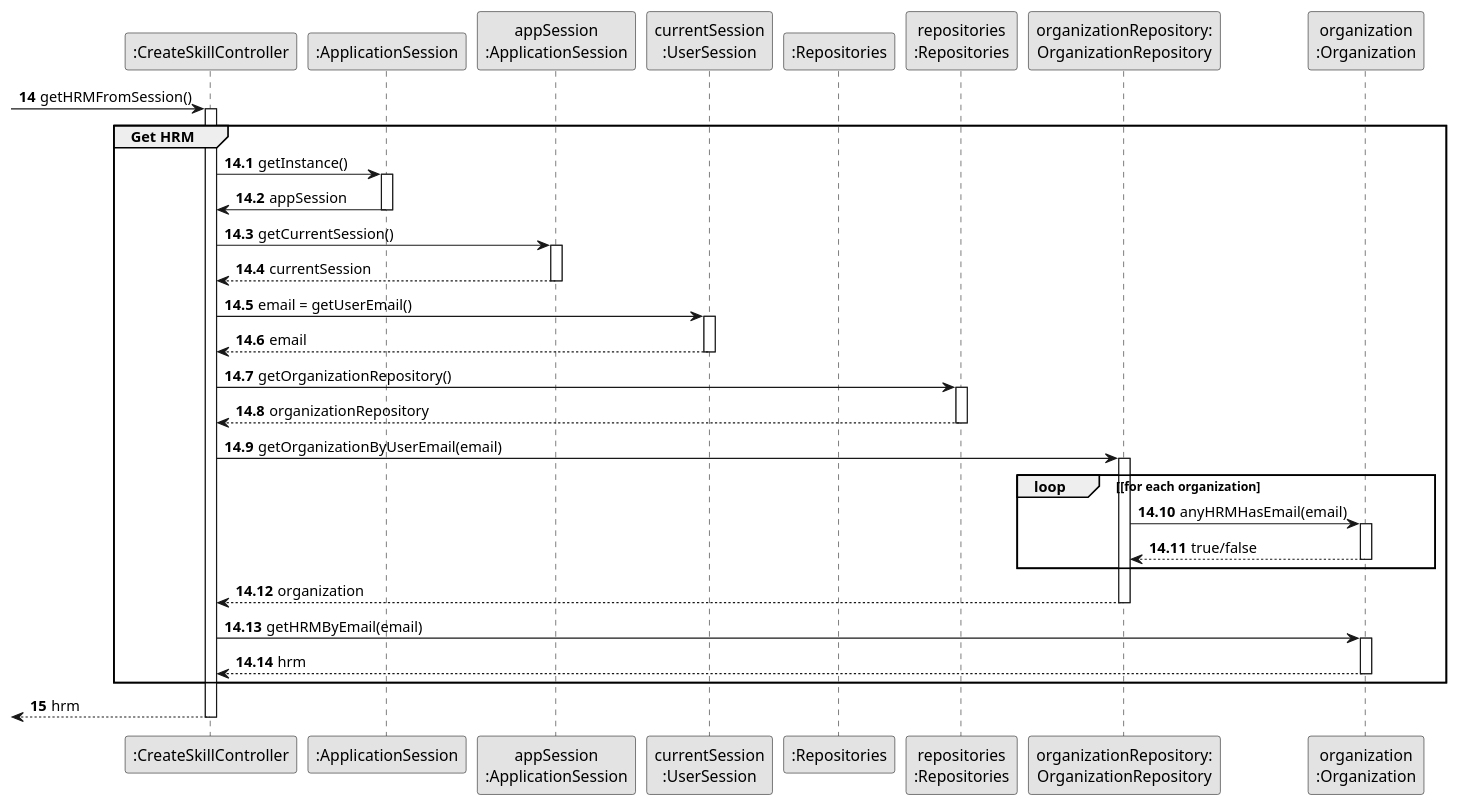
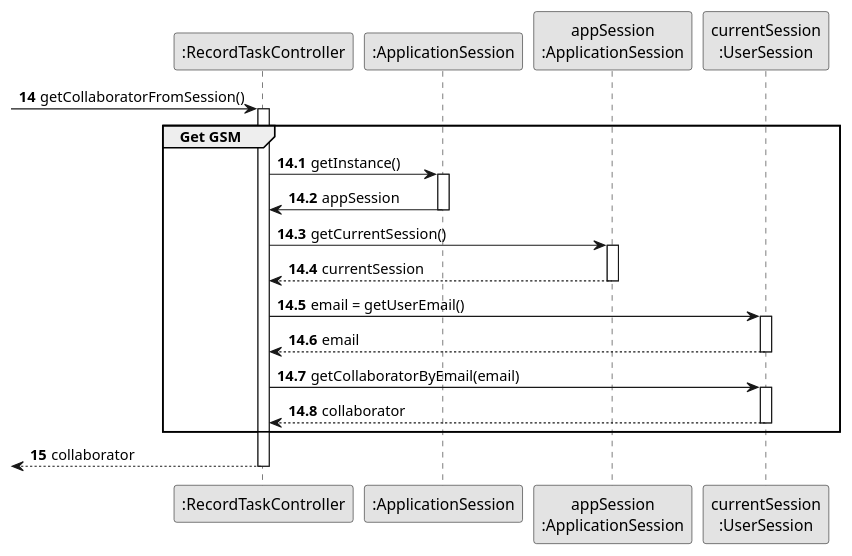
Before and after one commit to tiagosoa/lei-24-s2-1dgh-g073: the diagram in docs/sprint3/us029/03.design/puml/us001-sequence-diagram-partial-get-hrm.puml, drawn with PlantUML. The commit also changed 15 other files, not shown here.

```diff
--- a/docs/sprint3/us029/03.design/puml/us001-sequence-diagram-partial-get-hrm.puml
+++ b/docs/sprint3/us029/03.design/puml/us001-sequence-diagram-partial-get-hrm.puml
@@ -1,72 +1,47 @@
 @startuml
 skinparam monochrome true
 skinparam packageStyle rectangle
 skinparam shadowing false
 
 
 
 'hide footbox
-participant ":CreateSkillController" as CTRL
+participant ":RecordTaskController" as CTRL
 participant ":ApplicationSession" as _APP
 participant "appSession\n:ApplicationSession" as APP
 participant "currentSession\n:UserSession" as SESSAO
-participant ":Repositories" as RepositorySingleton
-participant "repositories\n:Repositories" as PLAT
-participant "organizationRepository:\nOrganizationRepository" as OrganizationRepository
-participant "organization\n:Organization" as ORG
 
 autonumber 14
--> CTRL : getHRMFromSession()
+-> CTRL : getCollaboratorFromSession()
 autonumber 14.1
 activate CTRL
 
-    group Get HRM
+    group Get GSM
         CTRL -> _APP: getInstance()
         activate _APP
             _APP -> CTRL: appSession
         deactivate _APP
 
         CTRL -> APP: getCurrentSession()
         activate APP
 
             APP --> CTRL: currentSession
         deactivate APP
 
         CTRL -> SESSAO: email = getUserEmail()
         activate SESSAO
 
             SESSAO --> CTRL: email
         deactivate SESSAO
 
-        CTRL -> PLAT: getOrganizationRepository()
-        activate PLAT
+        CTRL -> SESSAO: getCollaboratorByEmail(email)
+        activate SESSAO
 
-            PLAT --> CTRL: organizationRepository
-        deactivate PLAT
-
-        CTRL -> OrganizationRepository: getOrganizationByUserEmail(email)
-        activate OrganizationRepository
-
-            loop [for each organization
-                OrganizationRepository -> ORG : anyHRMHasEmail(email)
-                activate ORG
-
-                     ORG --> OrganizationRepository : true/false
-                deactivate ORG
-            end
-
-            OrganizationRepository --> CTRL : organization
-
-        deactivate OrganizationRepository
-
-        CTRL -> ORG: getHRMByEmail(email)
-        activate ORG
-
-            ORG --> CTRL : hrm
-        deactivate ORG
+            SESSAO --> CTRL : collaborator
+        deactivate SESSAO
     end
     autonumber 15
-    <-- CTRL : hrm
+    <-- CTRL : collaborator
 deactivate CTRL
 
 @enduml
```
